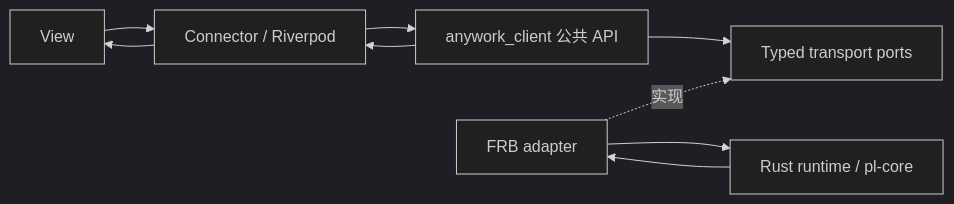
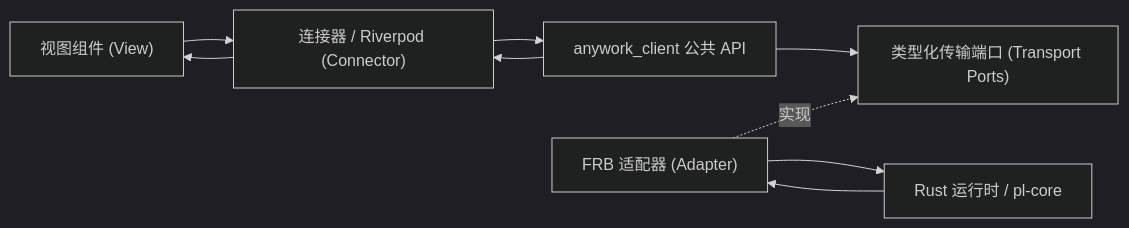
The diagram in design/25-frontend-state.md (ZR233/anywork), drawn with Mermaid (dark theme) before and after one commit. The commit also changed other lines of this file and 31 other files, not shown here.

````diff
--- a/design/25-frontend-state.md
+++ b/design/25-frontend-state.md
@@ -13,11 +7,11 @@
 ```mermaid
 flowchart LR
-  V[View] --> C[Connector / Riverpod]
-  C --> A[anywork_client 公共 API]
-  A --> P[Typed transport ports]
-  F[FRB adapter] -.实现.-> P
-  F --> R[Rust runtime / pl-core]
+  V["视图组件 (View)"] --> C["连接器 / Riverpod (Connector)"]
+  C --> A["anywork_client 公共 API"]
+  A --> P["类型化传输端口 (Transport Ports)"]
+  F["FRB 适配器 (Adapter)"] -.实现.-> P
+  F --> R["Rust 运行时 / pl-core"]
   R --> F
   A --> C
   C --> V
 ```
````
